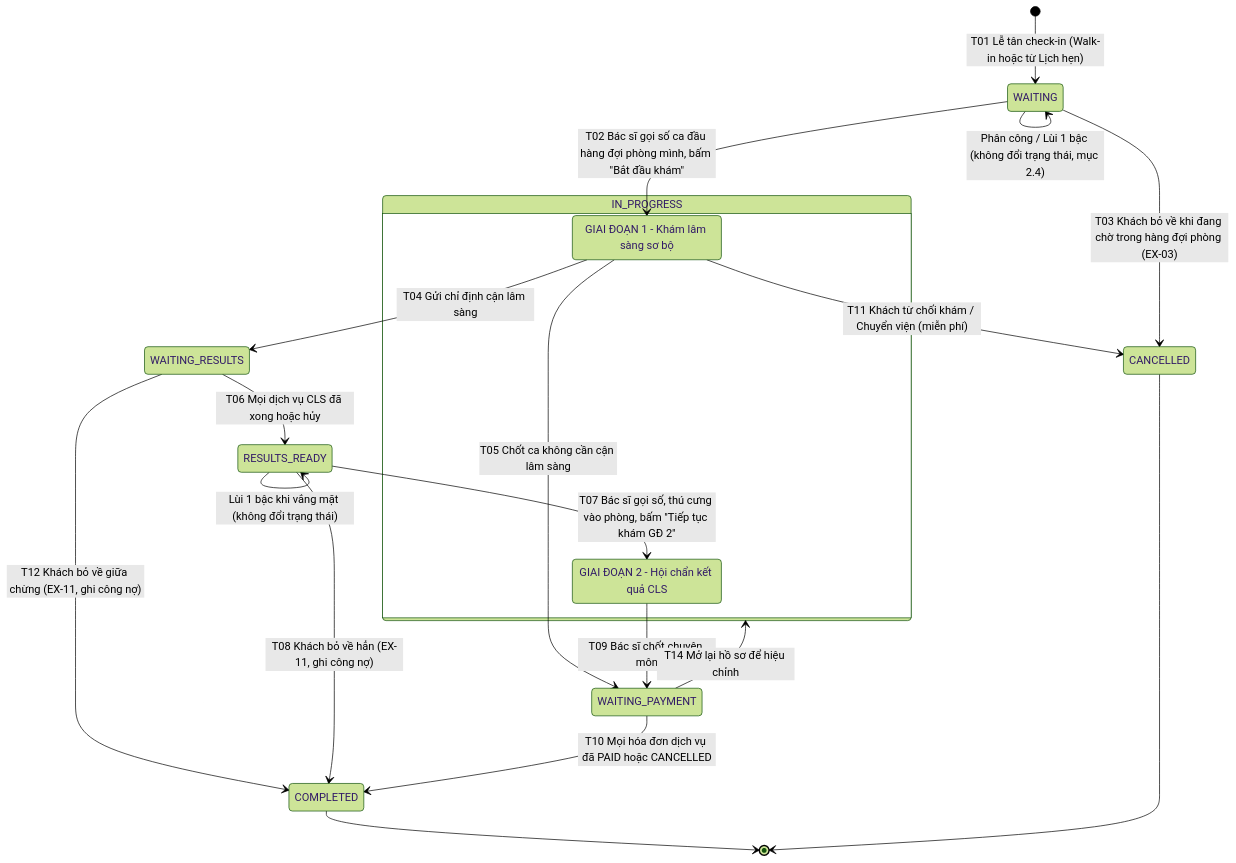
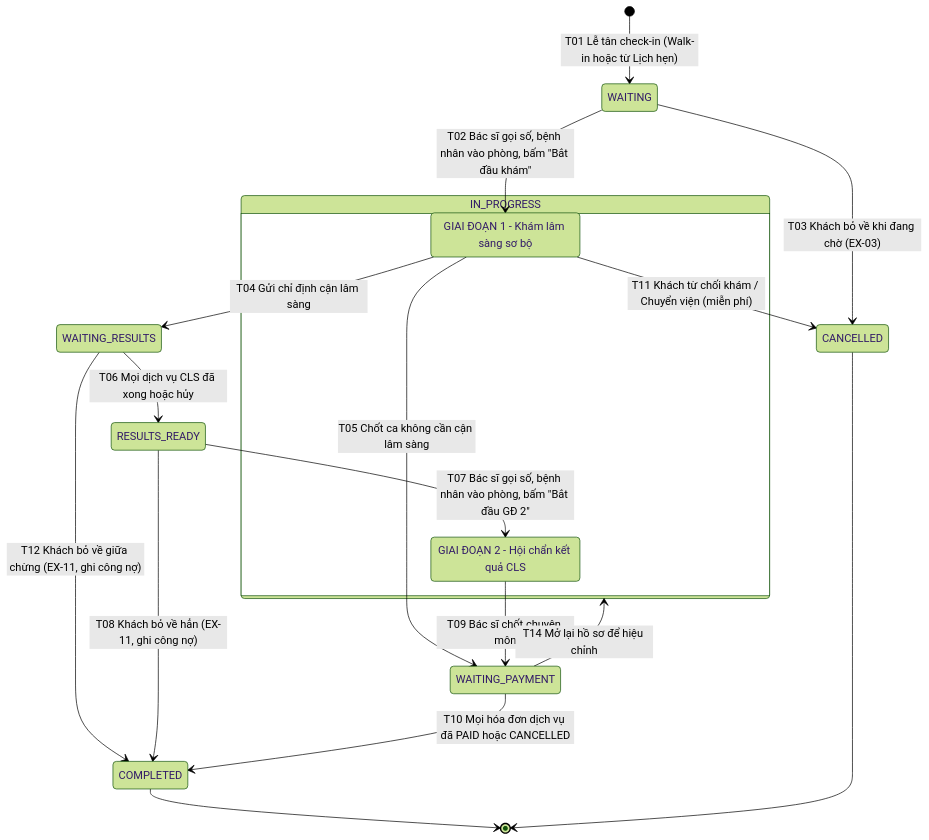
Before and after one commit to napersau/tailieudoantonghop: the second of 7 diagrams in tailieu4.0/THIET_KE_SO_DO_TRANG_THAI_STATE_MACHINE.md, drawn with Mermaid (forest theme). The commit also changed other lines of this file and 14 other files, not shown here.

````diff
--- a/tailieu4.0/THIET_KE_SO_DO_TRANG_THAI_STATE_MACHINE.md
+++ b/tailieu4.0/THIET_KE_SO_DO_TRANG_THAI_STATE_MACHINE.md
@@ -128,32 +124,30 @@
 ```mermaid
 stateDiagram-v2
     [*] --> WAITING : T01 Lễ tân check-in (Walk-in hoặc từ Lịch hẹn)
 
-    WAITING --> WAITING : Phân công / Lùi 1 bậc (không đổi trạng thái, mục 2.4)
-    WAITING --> GIAI_DOAN_1 : T02 Bác sĩ gọi số ca đầu hàng đợi phòng mình, bấm "Bắt đầu khám"
-    WAITING --> CANCELLED : T03 Khách bỏ về khi đang chờ trong hàng đợi phòng (EX-03)
+    WAITING --> GIAI_DOAN_1 : T02 Bác sĩ gọi số, bệnh nhân vào phòng, bấm "Bắt đầu khám"
+    WAITING --> CANCELLED : T03 Khách bỏ về khi đang chờ (EX-03)
 
     state IN_PROGRESS {
         GIAI_DOAN_1 : GIAI ĐOẠN 1 - Khám lâm sàng sơ bộ
         GIAI_DOAN_2 : GIAI ĐOẠN 2 - Hội chẩn kết quả CLS
     }
 
     GIAI_DOAN_1 --> WAITING_RESULTS : T04 Gửi chỉ định cận lâm sàng
     GIAI_DOAN_1 --> WAITING_PAYMENT : T05 Chốt ca không cần cận lâm sàng
     GIAI_DOAN_1 --> CANCELLED : T11 Khách từ chối khám / Chuyển viện (miễn phí)
 
     WAITING_RESULTS --> RESULTS_READY : T06 Mọi dịch vụ CLS đã xong hoặc hủy
     WAITING_RESULTS --> COMPLETED : T12 Khách bỏ về giữa chừng (EX-11, ghi công nợ)
 
-    RESULTS_READY --> RESULTS_READY : Lùi 1 bậc khi vắng mặt (không đổi trạng thái)
-    RESULTS_READY --> GIAI_DOAN_2 : T07 Bác sĩ gọi số, thú cưng vào phòng, bấm "Tiếp tục khám GĐ 2"
+    RESULTS_READY --> GIAI_DOAN_2 : T07 Bác sĩ gọi số, bệnh nhân vào phòng, bấm "Bắt đầu GĐ 2"
     RESULTS_READY --> COMPLETED : T08 Khách bỏ về hẳn (EX-11, ghi công nợ)
 
     GIAI_DOAN_2 --> WAITING_PAYMENT : T09 Bác sĩ chốt chuyên môn
 
     WAITING_PAYMENT --> COMPLETED : T10 Mọi hóa đơn dịch vụ đã PAID hoặc CANCELLED
     WAITING_PAYMENT --> IN_PROGRESS : T14 Mở lại hồ sơ để hiệu chỉnh
 
     COMPLETED --> [*]
     CANCELLED --> [*]
 ```
````
